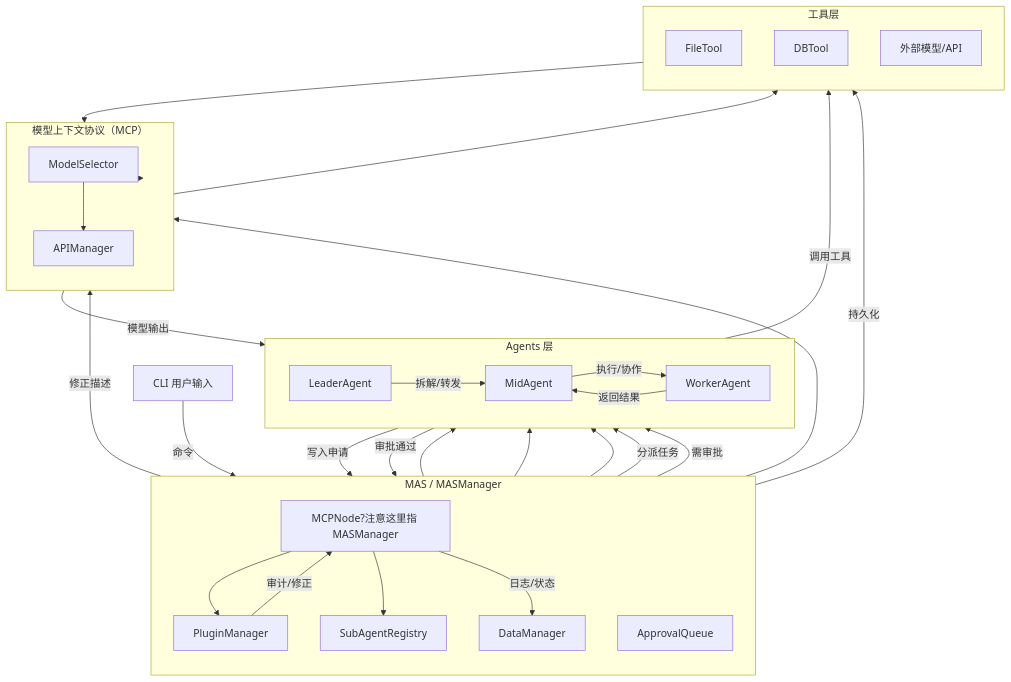
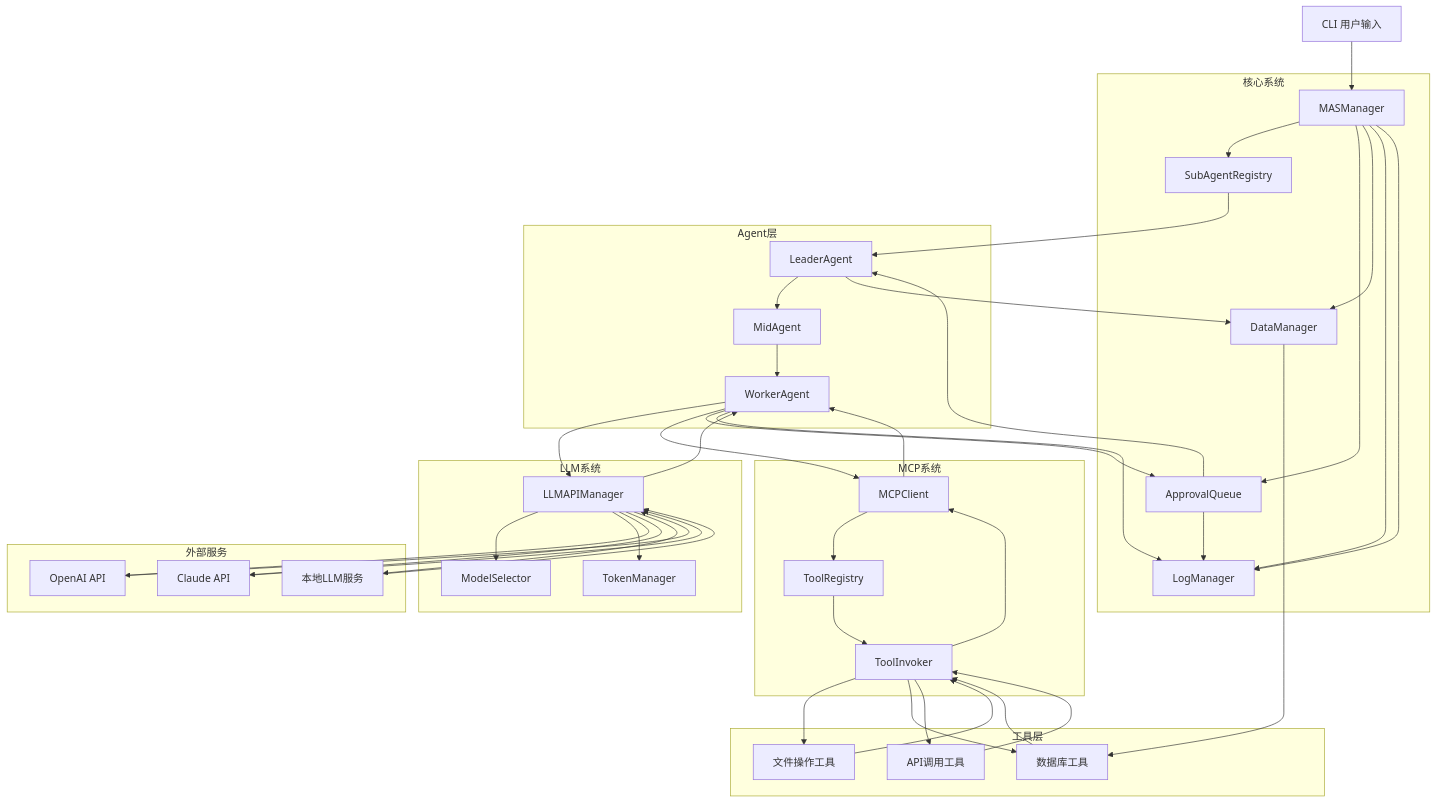
One commit to dongge0210/multiagent-hub changed the diagram in docs/docs_architecture_and_impl_cn.md. Above: the diagram before and after it, drawn with Mermaid. The commit also changed other lines of this file, not shown here.

````diff
--- a/docs/docs_architecture_and_impl_cn.md
+++ b/docs/docs_architecture_and_impl_cn.md
@@ -119,64 +130,100 @@
 ```mermaid
 flowchart TD
-  CLI[CLI 用户输入]
+    CLI[CLI 用户输入] --> MASManager
 
-  subgraph MAS [MAS / MASManager]
-    direction TB
-    MASNode[MCPNode?注意这里指 MASManager]
-    PluginMgr[PluginManager]
-    ApprovalQ[ApprovalQueue]
-    DataMgr[DataManager]
-    SubReg[SubAgentRegistry]
-  end
+    subgraph CoreSystem [核心系统]
+        MASManager[MASManager]
+        SubReg[SubAgentRegistry]
+        ApprovalQ[ApprovalQueue]
+        DataMgr[DataManager]
+        LogMgr[LogManager]
+    end
 
-  subgraph MCP [模型上下文协议（MCP）]
-    direction TB
-    ModelSel[ModelSelector]
-    APIMan[APIManager]
-  end
+    subgraph LLMSystem [LLM系统]
+        LLMAPI[LLMAPIManager]
+        ModelSel[ModelSelector]
+        TokenMgr[TokenManager]
+    end
 
-  subgraph Agents [Agents 层]
-    direction LR
-    Leader[LeaderAgent]
-    Mid[MidAgent]
-    Worker[WorkerAgent]
-  end
+    subgraph MCPSystem [MCP系统]
+        MCPClient[MCPClient]
+        ToolReg[ToolRegistry]
+        ToolInv[ToolInvoker]
+    end
 
-  subgraph Tools [工具层]
-    direction TB
-    FileTool[FileTool]
-    DBTool[DBTool]
-    ExternalAPI[外部模型/API]
-  end
+    subgraph AgentLayer [Agent层]
+        Leader[LeaderAgent]
+        Mid[MidAgent]
+        Worker[WorkerAgent]
+    end
 
-  CLI -->|命令| MASNode
-  MASNode --> PluginMgr
-  MASNode --> MCP
-  MCP --> ModelSel
-  ModelSel --> APIMan
+    subgraph ToolLayer [工具层]
+        FileTool[文件操作工具]
+        DBTool[数据库工具]
+        APITool[API调用工具]
+    end
 
-  MASNode --> SubReg
-  SubReg --> Leader
-  SubReg --> Mid
-  SubReg --> Worker
+    subgraph ExternalServices [外部服务]
+        OpenAI[OpenAI API]
+        Claude[Claude API]
+        LocalLLM[本地LLM服务]
+    end
 
-  MASNode -->|分派任务| Leader
-  Leader -->|拆解/转发| Mid
-  Mid -->|执行/协作| Worker
-  Worker -->|调用工具| Tools
+    %% 主要连接线 - 避免交叉
+    MASManager --> SubReg
+    MASManager --> ApprovalQ
+    MASManager --> DataMgr
+    MASManager --> LogMgr
 
-  Worker -->|返回结果| Mid
-  Mid -->|写入申请| ApprovalQ
-  ApprovalQ -->|需审批| Leader
-  Leader -->|审批通过| DataMgr
-  DataMgr -->|持久化| DBTool
+    SubReg --> Leader
+    Leader --> Mid
+    Mid --> Worker
 
-  APIMan --> ExternalAPI
-  ExternalAPI --> APIMan
-  APIMan -->|模型输出| Worker
+    %% Agent到服务的连接
+    Worker --> LLMAPI
+    Worker --> MCPClient
 
-  PluginMgr -->|审计/修正| MASNode
-  PluginMgr -->|修正描述| ModelSel
+    %% LLM系统内部
+    LLMAPI --> ModelSel
+    LLMAPI --> TokenMgr
 
-  MASNode -->|日志/状态| DataMgr
+    %% LLM到外部服务
+    LLMAPI --> OpenAI
+    LLMAPI --> Claude
+    LLMAPI --> LocalLLM
+
+    %% 外部服务返回
+    OpenAI --> LLMAPI
+    Claude --> LLMAPI
+    LocalLLM --> LLMAPI
+
+    %% MCP系统内部
+    MCPClient --> ToolReg
+    ToolReg --> ToolInv
+
+    %% 工具层连接
+    ToolInv --> FileTool
+    ToolInv --> DBTool
+    ToolInv --> APITool
+
+    %% 工具层返回
+    FileTool --> ToolInv
+    DBTool --> ToolInv
+    APITool --> ToolInv
+
+    %% 结果返回路径
+    LLMAPI --> Worker
+    ToolInv --> MCPClient
+    MCPClient --> Worker
+
+    %% 审批和存储流程
+    Worker --> ApprovalQ
+    ApprovalQ --> Leader
+    Leader --> DataMgr
+    DataMgr --> DBTool
+
+    %% 日志连接
+    MASManager --> LogMgr
+    Worker --> LogMgr
+    ApprovalQ --> LogMgr
 ```
````
